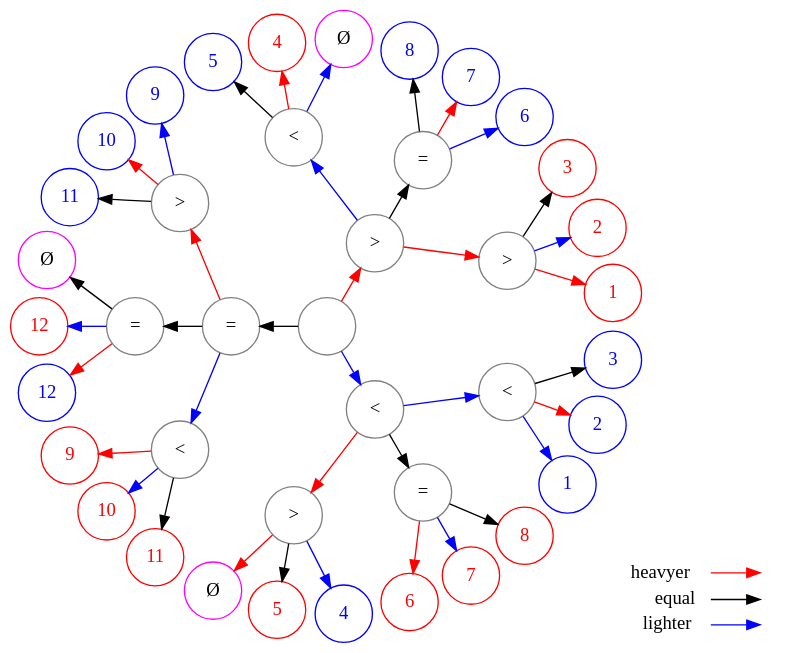
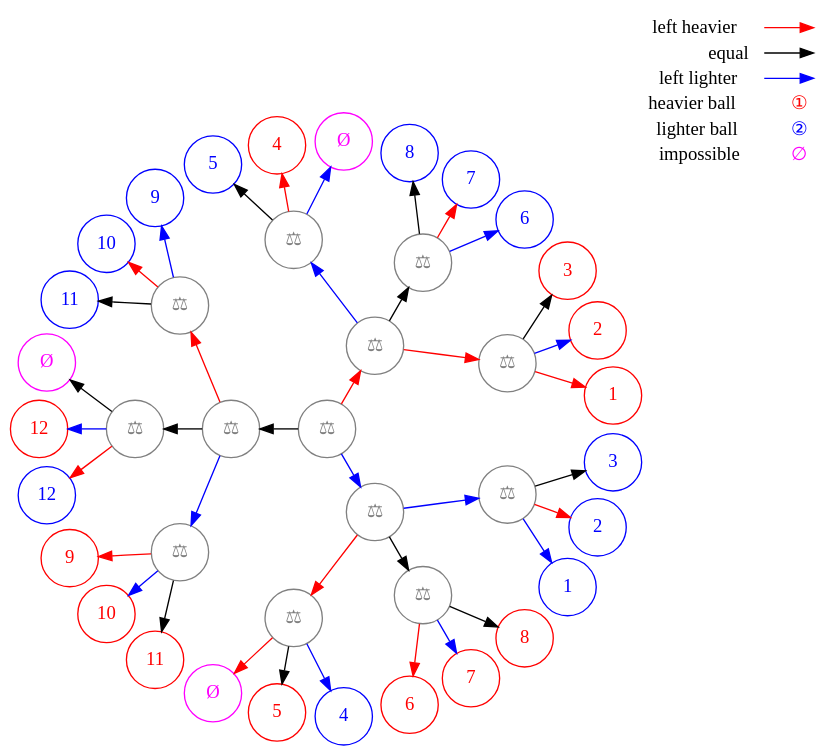
The diagram in docs/result.gv (selu/wpbsolver), drawn with Graphviz before and after one commit.

Commit message:
fix legend and a typo

```diff
--- a/docs/result.gv
+++ b/docs/result.gv
@@ -1,113 +1,128 @@
 digraph G {
   layout="twopi";
   bgcolor="transparent";
-  node [shape="circle", fixedsize=true, width="0.6", fillcolor="white", style="filled", color="grey"];
-  start [label=""];
-  lev1_g [label=">"];
-  lev1_e [label="="];
-  lev1_l [label="<"];
-  lev2_gg [label=">"];
-  lev2_ge [label="="];
-  lev2_gl [label="<"];
-  lev2_eg [label=">"];
-  lev2_ee [label="="];
-  lev2_el [label="<"];
-  lev2_lg [label=">"];
-  lev2_le [label="="];
-  lev2_ll [label="<"];
+  node [
+    shape="circle",
+    fixedsize=true,
+    width="0.6",
+    fillcolor="white",
+    style="filled",
+    color="grey",
+    fontcolor="grey",
+    label="⚖"
+  ];
+  start;
+  lev1_g;
+  lev1_e;
+  lev1_l;
+  lev2_gg;
+  lev2_ge;
+  lev2_gl;
+  lev2_eg;
+  lev2_ee;
+  lev2_el;
+  lev2_lg;
+  lev2_le;
+  lev2_ll;
 
-  node [color="magenta", label="Ø"];
+  node [color="magenta", label="Ø", fontcolor="magenta"];
   lev3_gll;
   lev3_eee;
   lev3_lgg;
 
   node [color="red", fontcolor="red"];
   lev3_ggg [label="1"];
   lev3_ggl [label="2"];
   lev3_gge [label="3"];
   lev3_glg [label="4"];
   lev3_lge [label="5"];
   lev3_leg [label="6"];
   lev3_lel [label="7"];
   lev3_lee [label="8"];
   lev3_elg [label="9"];
   lev3_ell [label="10"];
   lev3_ele [label="11"];
   lev3_eel [label="12"];
 
   node [color="blue", fontcolor="blue"];
   lev3_lll [label="1"];
   lev3_llg [label="2"];
   lev3_lle [label="3"];
   lev3_lgl [label="4"];
   lev3_gle [label="5"];
   lev3_gel [label="6"];
   lev3_geg [label="7"];
   lev3_gee [label="8"];
   lev3_egl [label="9"];
   lev3_egg [label="10"];
   lev3_ege [label="11"];
   lev3_eeg [label="12"];
 
   start -> lev1_e;
   lev1_g -> lev2_ge;
   lev1_e -> lev2_ee;
   lev1_l -> lev2_le;
   lev2_gg -> lev3_gge;
   lev2_ge -> lev3_gee;
   lev2_gl -> lev3_gle;
   lev2_eg -> lev3_ege;
   lev2_ee -> lev3_eee;
   lev2_el -> lev3_ele;
   lev2_lg -> lev3_lge;
   lev2_le -> lev3_lee;
   lev2_ll -> lev3_lle;
 
   edge [color="red"];
   start -> lev1_g;
   lev1_g -> lev2_gg;
   lev1_e -> lev2_eg;
   lev1_l -> lev2_lg;
   lev2_gg -> lev3_ggg;
   lev2_ge -> lev3_geg;
   lev2_gl -> lev3_glg;
   lev2_eg -> lev3_egg;
   lev2_ee -> lev3_eeg;
   lev2_el -> lev3_elg;
   lev2_lg -> lev3_lgg;
   lev2_le -> lev3_leg;
   lev2_ll -> lev3_llg;
 
   edge [color="blue"];
   start -> lev1_l;
   lev1_g -> lev2_gl;
   lev1_e -> lev2_el;
   lev1_l -> lev2_ll;
   lev2_gg -> lev3_ggl;
   lev2_ge -> lev3_gel;
   lev2_gl -> lev3_gll;
   lev2_eg -> lev3_egl;
   lev2_ee -> lev3_eel;
   lev2_el -> lev3_ell;
   lev2_lg -> lev3_lgl;
   lev2_le -> lev3_lel;
   lev2_ll -> lev3_lll;
 
   subgraph cluster_1 {
     node [shape=plaintext,color="black",fontcolor="black",fixedsize=false];
     label="Legend";
     key2 [label=<<table border="0" cellpadding="2" cellspacing="0" cellborder="0">
       <tr><td align="right" port="h">&nbsp;</td></tr>
       <tr><td align="right" port="e">&nbsp;</td></tr>
       <tr><td align="right" port="l">&nbsp;</td></tr>
+      <tr><td align="left"><font color="red">①</font></td></tr>
+      <tr><td align="left"><font color="blue">②</font></td></tr>
+      <tr><td align="left"><font color="magenta">∅</font></td></tr>
       </table>>]
     key [label=<<table border="0" cellpadding="2" cellspacing="0" cellborder="0">
-      <tr><td align="right" port="h">heavyer</td></tr>
+      <tr><td align="right" port="h">left heavier</td></tr>
       <tr><td align="right" port="e">equal</td></tr>
-      <tr><td align="right" port="l">lighter</td></tr>
+      <tr><td align="right" port="l">left lighter</td></tr>
+      <tr><td align="right" port="bh">heavier ball</td></tr>
+      <tr><td align="right" port="bl">lighter ball</td></tr>
+      <tr><td align="right" port="bi">impossible</td></tr>
       </table>>]
-    key:h:e -> key2:h:w [color="red"];
-    key:e:e -> key2:e:w [color="black"];
-    key:l:e -> key2:l:w [color="blue"];
+    key:h:e -> key2:h:e [color="red"];
+    key:e:e -> key2:e:e [color="black"];
+    key:l:e -> key2:l:e [color="blue"];
   }
 }
```
